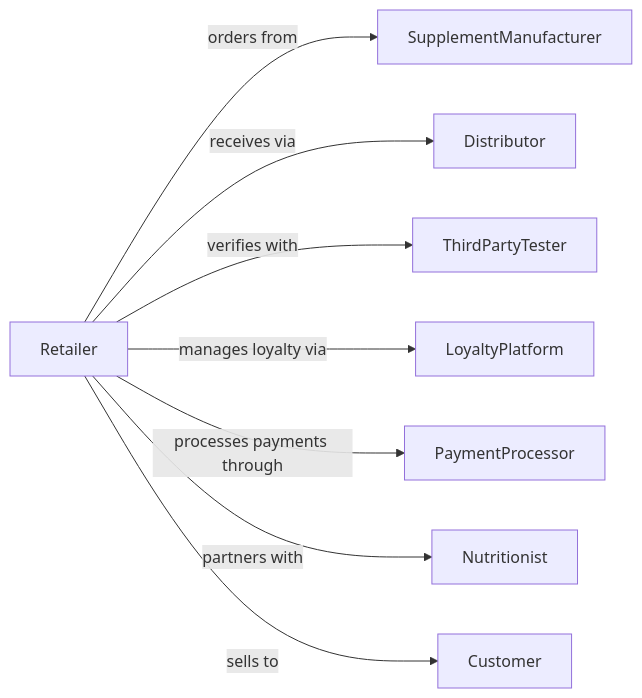
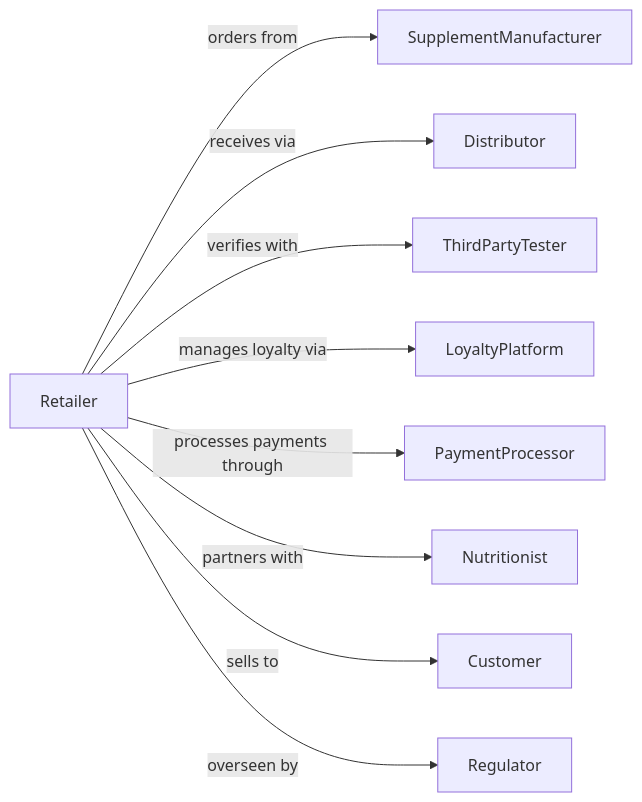
Before and after one commit to dot-org-ai/industries.org.ai: the second of 2 diagrams in RetailTrade/HealthAndPersonalCareRetailers/HealthAndPersonalCareRetailers/FoodHealthSupplementRetailers.mdx, drawn with Mermaid. The commit also changed 588 other files, not shown here.

````diff
--- a/RetailTrade/HealthAndPersonalCareRetailers/HealthAndPersonalCareRetailers/FoodHealthSupplementRetailers.mdx
+++ b/RetailTrade/HealthAndPersonalCareRetailers/HealthAndPersonalCareRetailers/FoodHealthSupplementRetailers.mdx
@@ -131,12 +131,13 @@
 ```mermaid
 graph LR
     R[Retailer]
 
     R -->|orders from| SupplementManufacturer
     R -->|receives via| Distributor
     R -->|verifies with| ThirdPartyTester
     R -->|manages loyalty via| LoyaltyPlatform
     R -->|processes payments through| PaymentProcessor
     R -->|partners with| Nutritionist
     R -->|sells to| Customer
+    R -->|overseen by| Regulator
 ```
````
